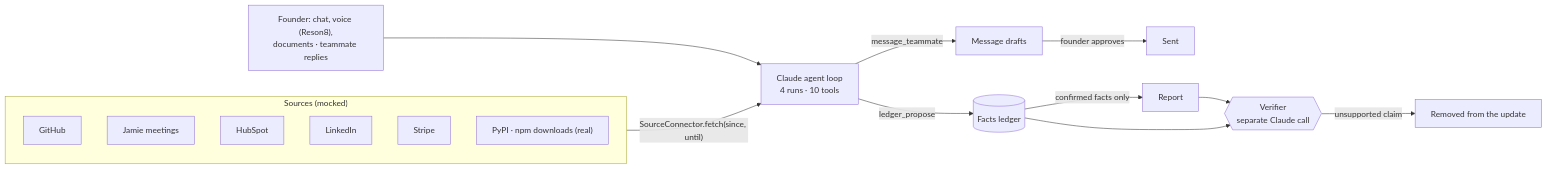
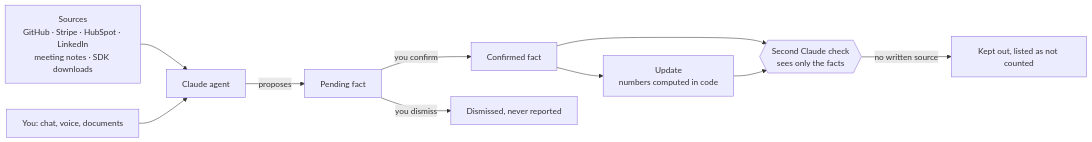
The first of 2 diagrams in README.md (rhaveen-sa/Agentic-Investor-Updates), drawn with Mermaid before and after one commit. The commit also changed other lines of this file and 17 other files, not shown here.

````diff
--- a/README.md
+++ b/README.md
@@ -91,21 +86,12 @@
 ```mermaid
 flowchart LR
-    subgraph Sources["Sources (mocked)"]
-        GH[GitHub]
-        JM[Jamie meetings]
-        HS[HubSpot]
-        LI[LinkedIn]
-        ST[Stripe]
-        PK["PyPI · npm downloads (real)"]
-    end
-    IN["Founder: chat, voice (Reson8),<br/>documents · teammate replies"]
-    Sources -->|"SourceConnector.fetch(since, until)"| AG
-    IN --> AG
-    AG["Claude agent loop<br/>4 runs · 10 tools"] -->|ledger_propose| LG[("Facts ledger")]
-    AG -->|message_teammate| OUT["Message drafts"]
-    OUT -->|founder approves| SENT["Sent"]
-    LG -->|confirmed facts only| RP["Report"]
-    RP --> VF{{"Verifier<br/>separate Claude call"}}
-    LG --> VF
-    VF -->|unsupported claim| FL["Removed from the update"]
+    S["Sources<br/>GitHub · Stripe · HubSpot · LinkedIn<br/>meeting notes · SDK downloads"] --> A["Claude agent"]
+    V["You: chat, voice, documents"] --> A
+    A -->|proposes| P["Pending fact"]
+    P -->|you confirm| C["Confirmed fact"]
+    P -->|you dismiss| D["Dismissed, never reported"]
+    C --> R["Update<br/>numbers computed in code"]
+    C --> X{{"Second Claude check<br/>sees only the facts"}}
+    R --> X
+    X -->|no written source| N["Kept out, listed as not counted"]
 ```
````
